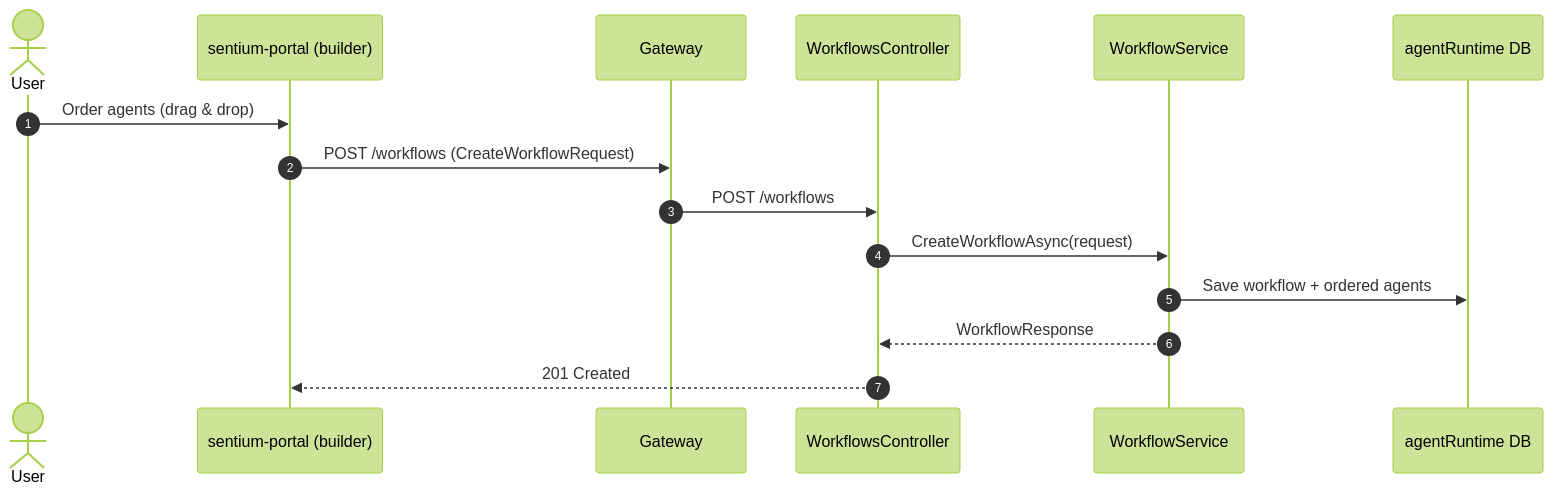
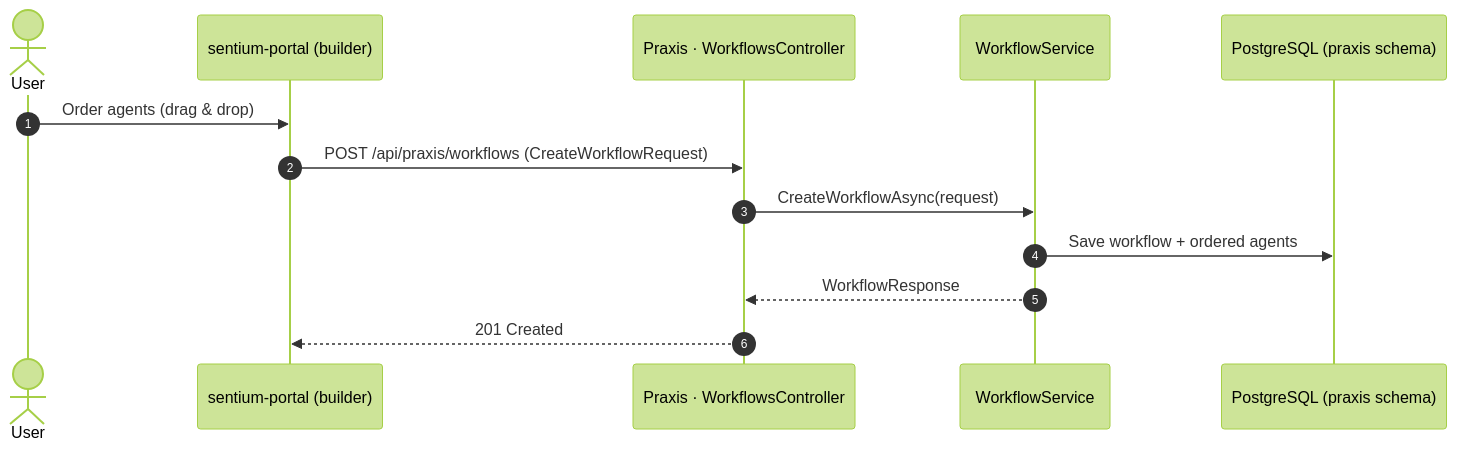
The diagram in docs/diagrams/workflows-1-definition.md (mihailshterev/sentium), drawn with Mermaid (forest theme) before and after one commit. The commit also changed 99 other files, not shown here.

````diff
--- a/docs/diagrams/workflows-1-definition.md
+++ b/docs/diagrams/workflows-1-definition.md
@@ -1,18 +1,16 @@
 ```mermaid
 sequenceDiagram
     autonumber
     actor U as User
     participant FE as sentium-portal (builder)
-    participant GW as Gateway
-    participant AR as WorkflowsController
+    participant WC as Praxis · WorkflowsController
     participant WS as WorkflowService
-    participant DB as agentRuntime DB
+    participant DB as PostgreSQL (praxis schema)
 
     U->>FE: Order agents (drag & drop)
-    FE->>GW: POST /workflows (CreateWorkflowRequest)
-    GW->>AR: POST /workflows
-    AR->>WS: CreateWorkflowAsync(request)
+    FE->>WC: POST /api/praxis/workflows (CreateWorkflowRequest)
+    WC->>WS: CreateWorkflowAsync(request)
     WS->>DB: Save workflow + ordered agents
-    WS-->>AR: WorkflowResponse
-    AR-->>FE: 201 Created
+    WS-->>WC: WorkflowResponse
+    WC-->>FE: 201 Created
 ```
````
